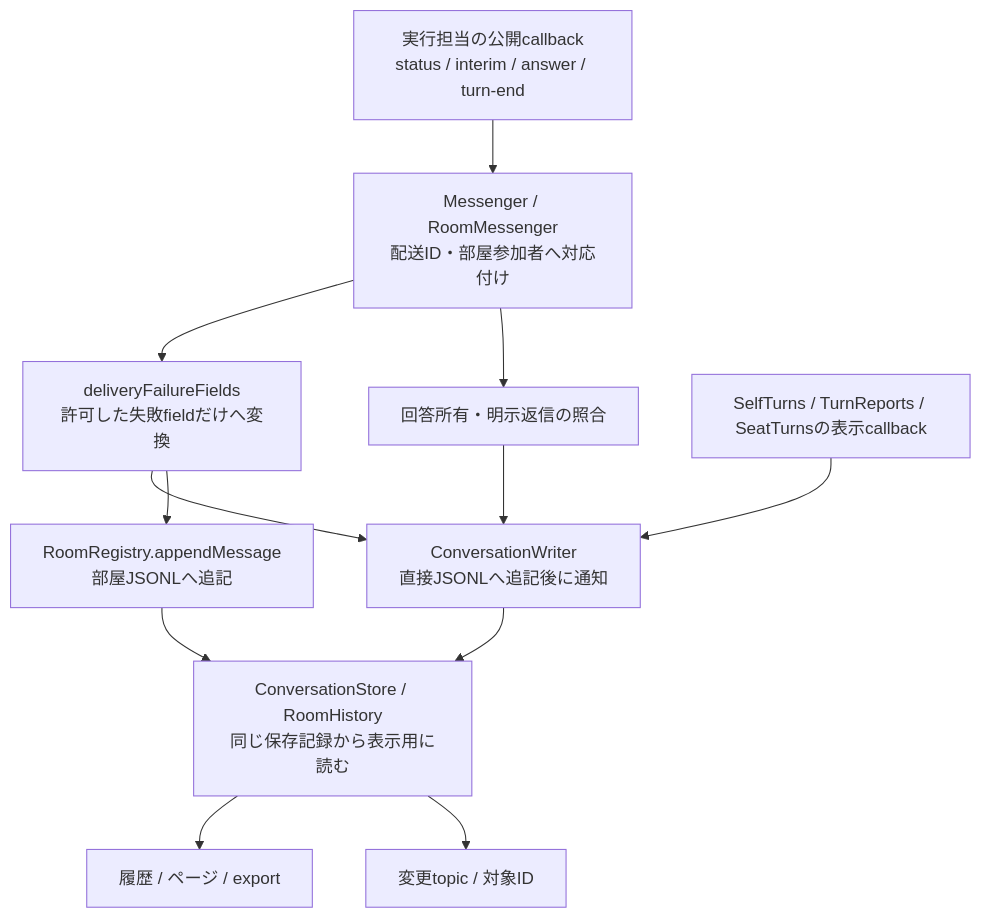
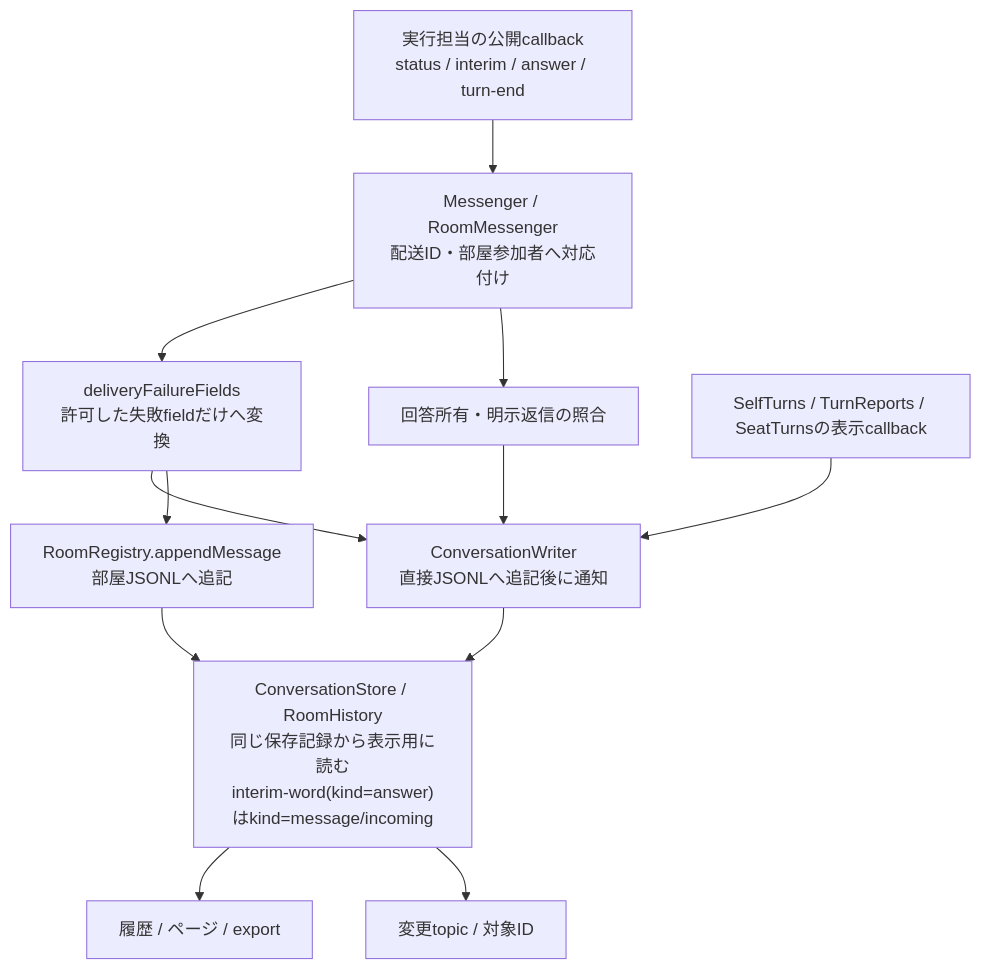
One commit to kitepon/BellTeam changed the diagram in docs/architecture/modules/conversation/README.md. Above: the diagram before and after it, drawn with Mermaid. The commit also changed other lines of this file and 2 other files, not shown here.

Commit message:
Show peer-started turn final answers as Owner replies in history
The history projection dropped interim-word kind=answer and returned it as
kind=interim, so clients could not tell a peer-started turn's final answer
from progress words. Project it as kind=message/incoming. Stored records,
delivery, push and room posts are unchanged. Diagram updated in same diff.

````diff
--- a/docs/architecture/modules/conversation/README.md
+++ b/docs/architecture/modules/conversation/README.md
@@ -45,14 +45,14 @@
 ```mermaid
 flowchart TD
   Transport["実行担当の公開callback<br/>status / interim / answer / turn-end"] --> Messenger["Messenger / RoomMessenger<br/>配送ID・部屋参加者へ対応付け"]
   Messenger --> Fields["deliveryFailureFields<br/>許可した失敗fieldだけへ変換"]
   Fields --> Direct["ConversationWriter<br/>直接JSONLへ追記後に通知"]
   Fields --> Room["RoomRegistry.appendMessage<br/>部屋JSONLへ追記"]
   Messenger --> Answer["回答所有・明示返信の照合"]
   Answer --> Direct
   Self["SelfTurns / TurnReports / SeatTurnsの表示callback"] --> Direct
-  Direct --> Index["ConversationStore / RoomHistory<br/>同じ保存記録から表示用に読む"]
+  Direct --> Index["ConversationStore / RoomHistory<br/>同じ保存記録から表示用に読む<br/>interim-word(kind=answer)はkind=message/incoming"]
   Room --> Index
   Index --> HTTP["履歴 / ページ / export"]
   Index --> SSE["変更topic / 対象ID"]
 ```
````
